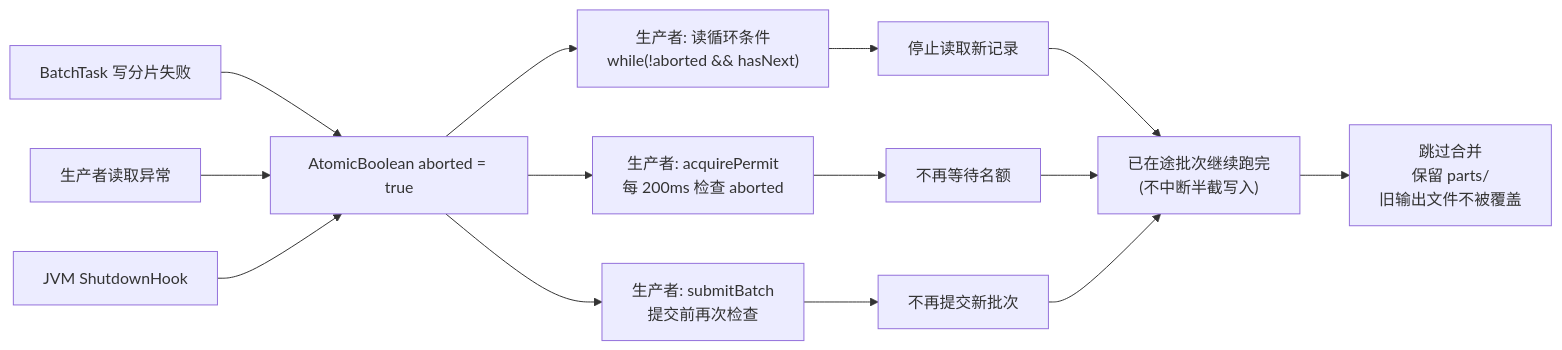
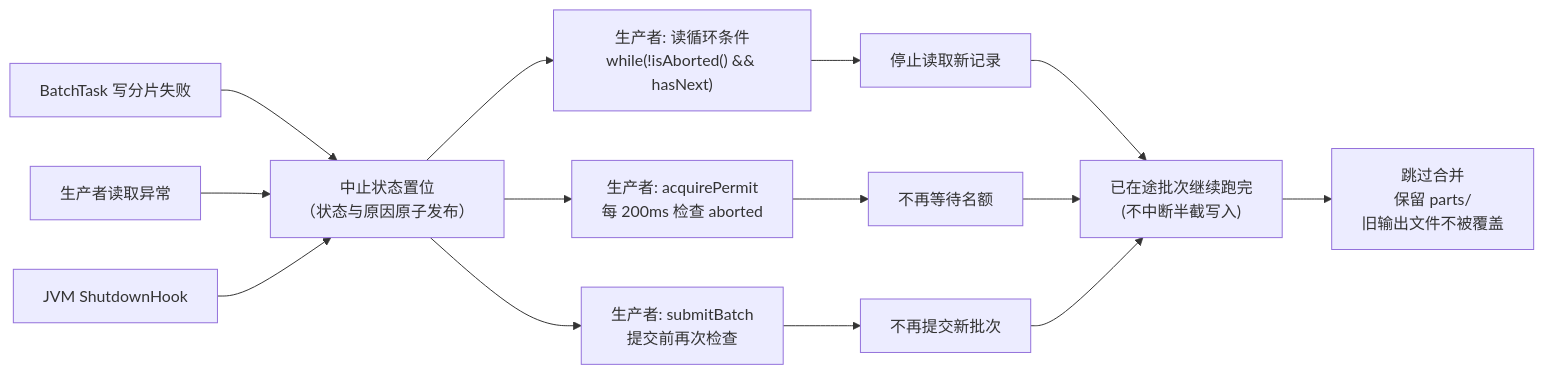
Before and after one commit to owengoodluck/java-batch-pipeline: diagram 12 of 13 in DESIGN.md, drawn with Mermaid. The commit also changed other lines of this file and 31 other files, not shown here.

````diff
--- a/DESIGN.md
+++ b/DESIGN.md
@@ -629,16 +667,16 @@
 ```mermaid
 flowchart LR
-    T1["BatchTask 写分片失败"] --> A["AtomicBoolean aborted = true"]
+    T1["BatchTask 写分片失败"] --> A["中止状态置位<br/>（状态与原因原子发布）"]
     T2["生产者读取异常"] --> A
     T3["JVM ShutdownHook"] --> A
-    A --> P1["生产者: 读循环条件<br/>while(!aborted && hasNext)"]
+    A --> P1["生产者: 读循环条件<br/>while(!isAborted() && hasNext)"]
     A --> P2["生产者: acquirePermit<br/>每 200ms 检查 aborted"]
     A --> P3["生产者: submitBatch<br/>提交前再次检查"]
     P1 --> S1["停止读取新记录"]
     P2 --> S2["不再等待名额"]
     P3 --> S3["不再提交新批次"]
     S1 --> F["已在途批次继续跑完<br/>(不中断半截写入)"]
     S2 --> F
     S3 --> F
     F --> R["跳过合并<br/>保留 parts/<br/>旧输出文件不被覆盖"]
 ```
````
